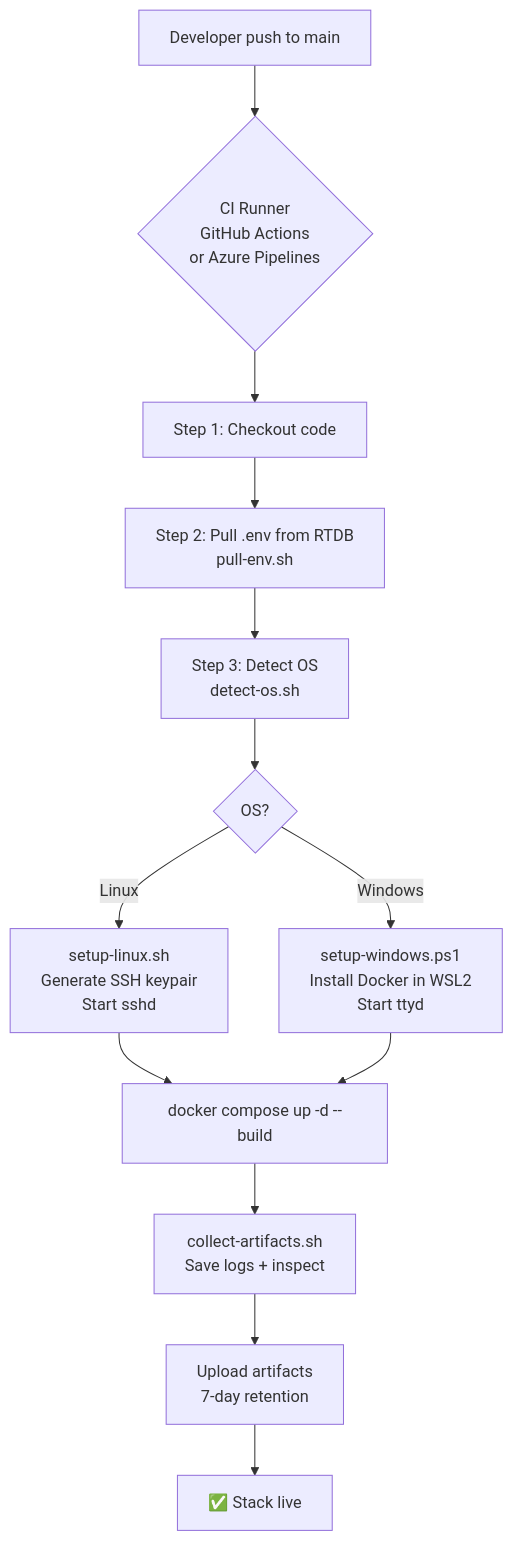
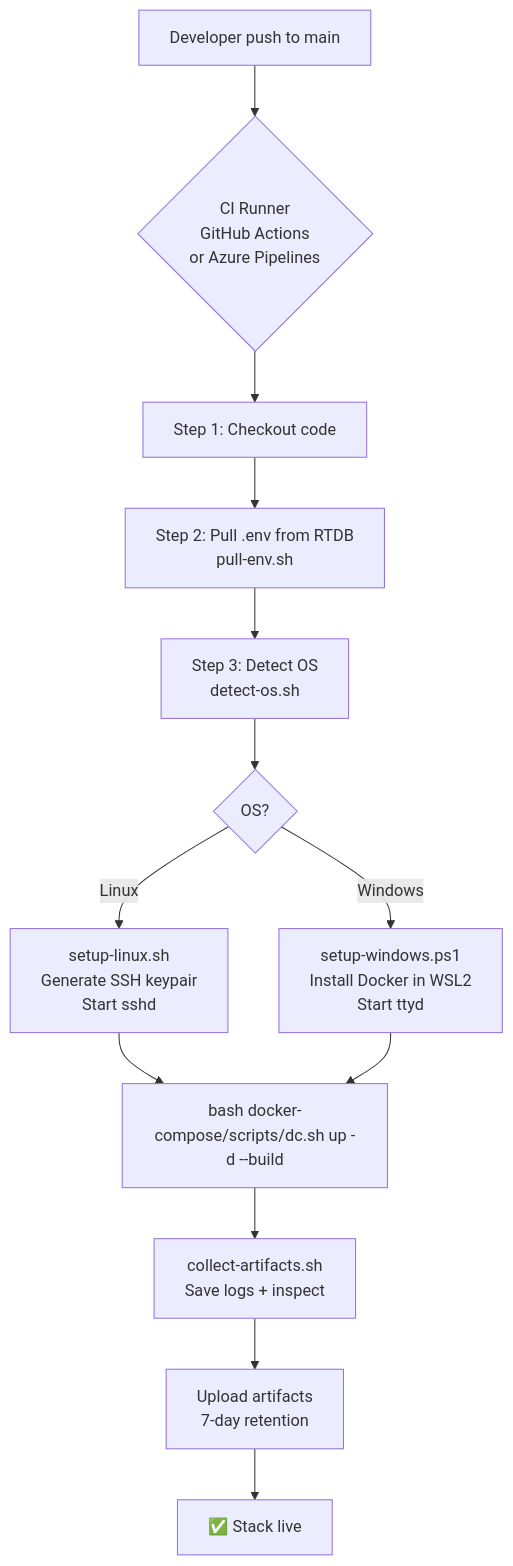
Before and after one commit to odhgateway-ai/docker-stack-template: the third of 5 diagrams in docs/DEPLOY.md, drawn with Mermaid. The commit also changed other lines of this file and 13 other files, not shown here.

First line of the commit message:
Đã xong, mình đã tái cấu trúc đúng như bạn yêu cầu và cập nhật toàn bộ đường dẫn liên quan để không vỡ flow.

````diff
--- a/docs/DEPLOY.md
+++ b/docs/DEPLOY.md
@@ -80,19 +80,19 @@
 ```mermaid
 flowchart TD
     PUSH[Developer push to main] --> CI{CI Runner\nGitHub Actions\nor Azure Pipelines}
 
     CI --> S1[Step 1: Checkout code]
     S1 --> S2[Step 2: Pull .env from RTDB\npull-env.sh]
     S2 --> S3[Step 3: Detect OS\ndetect-os.sh]
 
     S3 --> OS{OS?}
     OS -->|Linux| S4L[setup-linux.sh\nGenerate SSH keypair\nStart sshd]
     OS -->|Windows| S4W[setup-windows.ps1\nInstall Docker in WSL2\nStart ttyd]
 
-    S4L --> S5[docker compose up -d --build]
+    S4L --> S5[bash docker-compose/scripts/dc.sh up -d --build]
     S4W --> S5
 
     S5 --> S6[collect-artifacts.sh\nSave logs + inspect]
     S6 --> S7[Upload artifacts\n7-day retention]
     S7 --> DONE[✅ Stack live]
 ```
````
